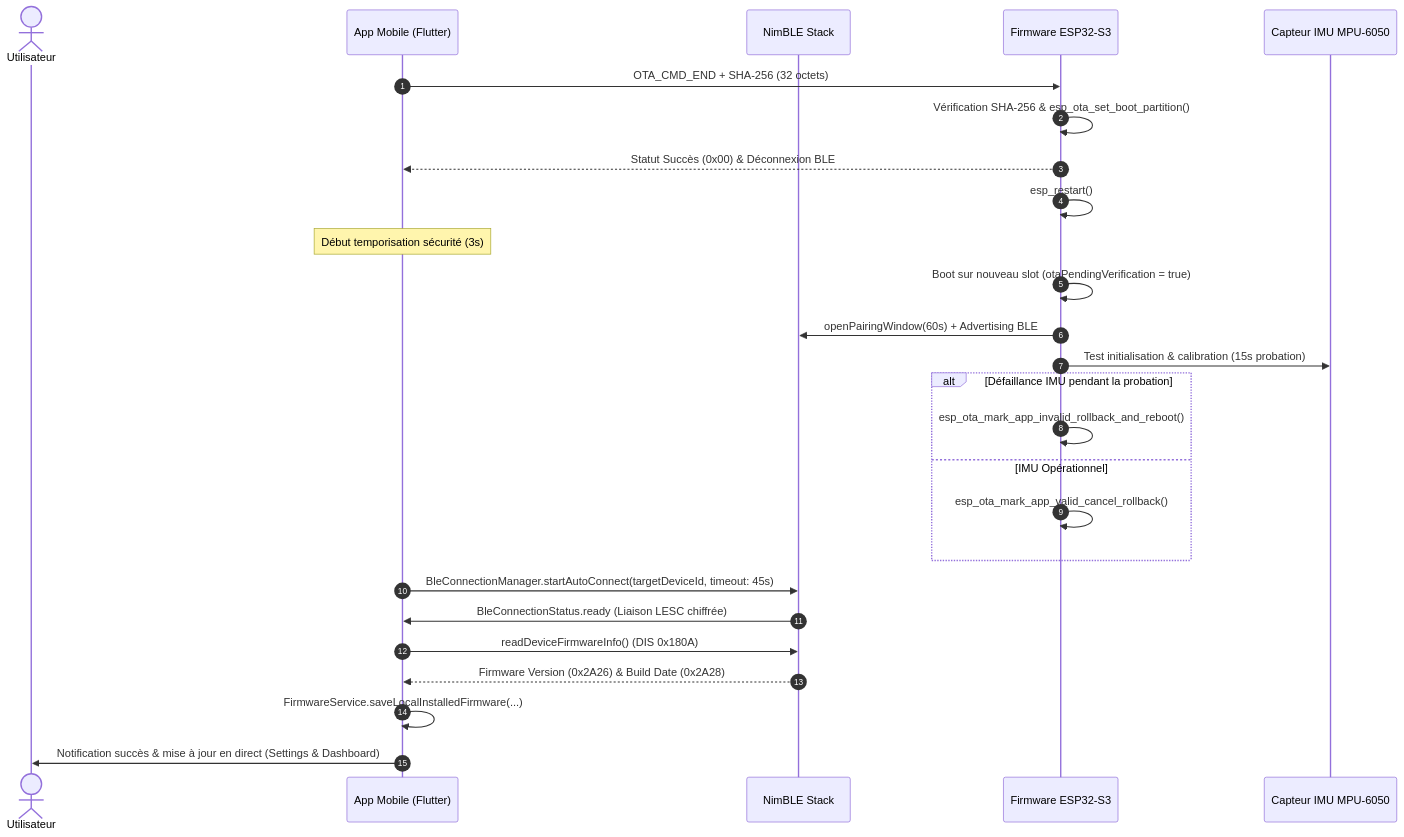
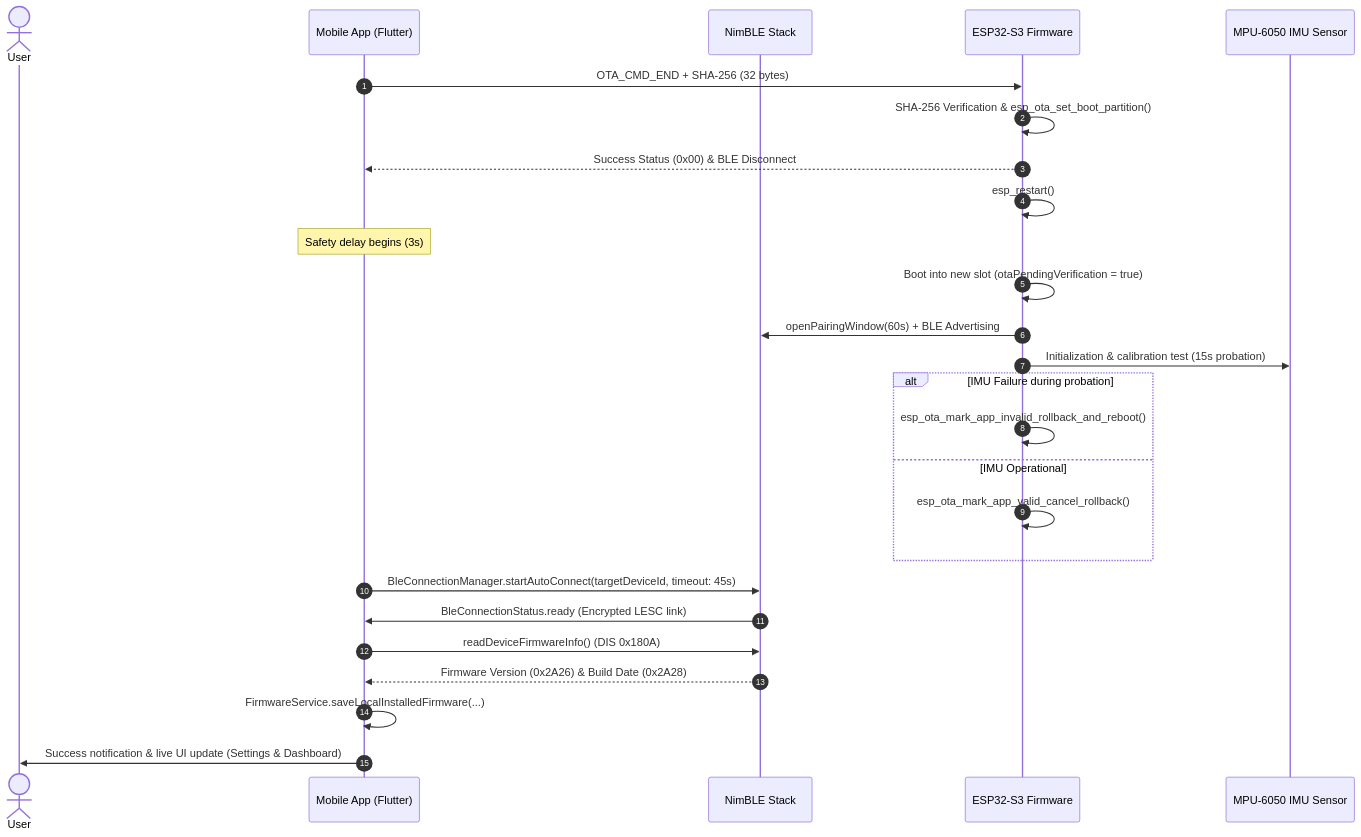
Before and after one commit to daverck/health-kicks-ecosystem: the second of 2 diagrams in docs/architecture/system_overview.md, drawn with Mermaid. The commit also changed other lines of this file and 20 other files, not shown here.

````diff
--- a/docs/architecture/system_overview.md
+++ b/docs/architecture/system_overview.md
@@ -130,29 +130,29 @@
 ```mermaid
 sequenceDiagram
     autonumber
-    actor User as Utilisateur
-    participant Mobile as App Mobile (Flutter)
+    actor User as User
+    participant Mobile as Mobile App (Flutter)
     participant BLE as NimBLE Stack
-    participant ESP32 as Firmware ESP32-S3
-    participant IMU as Capteur IMU MPU-6050
+    participant ESP32 as ESP32-S3 Firmware
+    participant IMU as MPU-6050 IMU Sensor
 
-    Mobile->>ESP32: OTA_CMD_END + SHA-256 (32 octets)
-    ESP32->>ESP32: Vérification SHA-256 & esp_ota_set_boot_partition()
-    ESP32-->>Mobile: Statut Succès (0x00) & Déconnexion BLE
+    Mobile->>ESP32: OTA_CMD_END + SHA-256 (32 bytes)
+    ESP32->>ESP32: SHA-256 Verification & esp_ota_set_boot_partition()
+    ESP32-->>Mobile: Success Status (0x00) & BLE Disconnect
     ESP32->>ESP32: esp_restart()
-    Note over Mobile: Début temporisation sécurité (3s)
-    ESP32->>ESP32: Boot sur nouveau slot (otaPendingVerification = true)
-    ESP32->>BLE: openPairingWindow(60s) + Advertising BLE
-    ESP32->>IMU: Test initialisation & calibration (15s probation)
-    alt Défaillance IMU pendant la probation
+    Note over Mobile: Safety delay begins (3s)
+    ESP32->>ESP32: Boot into new slot (otaPendingVerification = true)
+    ESP32->>BLE: openPairingWindow(60s) + BLE Advertising
+    ESP32->>IMU: Initialization & calibration test (15s probation)
+    alt IMU Failure during probation
         ESP32->>ESP32: esp_ota_mark_app_invalid_rollback_and_reboot()
-    else IMU Opérationnel
+    else IMU Operational
         ESP32->>ESP32: esp_ota_mark_app_valid_cancel_rollback()
     end
     Mobile->>BLE: BleConnectionManager.startAutoConnect(targetDeviceId, timeout: 45s)
-    BLE->>Mobile: BleConnectionStatus.ready (Liaison LESC chiffrée)
+    BLE->>Mobile: BleConnectionStatus.ready (Encrypted LESC link)
     Mobile->>BLE: readDeviceFirmwareInfo() (DIS 0x180A)
     BLE-->>Mobile: Firmware Version (0x2A26) & Build Date (0x2A28)
     Mobile->>Mobile: FirmwareService.saveLocalInstalledFirmware(...)
-    Mobile->>User: Notification succès & mise à jour en direct (Settings & Dashboard)
+    Mobile->>User: Success notification & live UI update (Settings & Dashboard)
 ```
````
